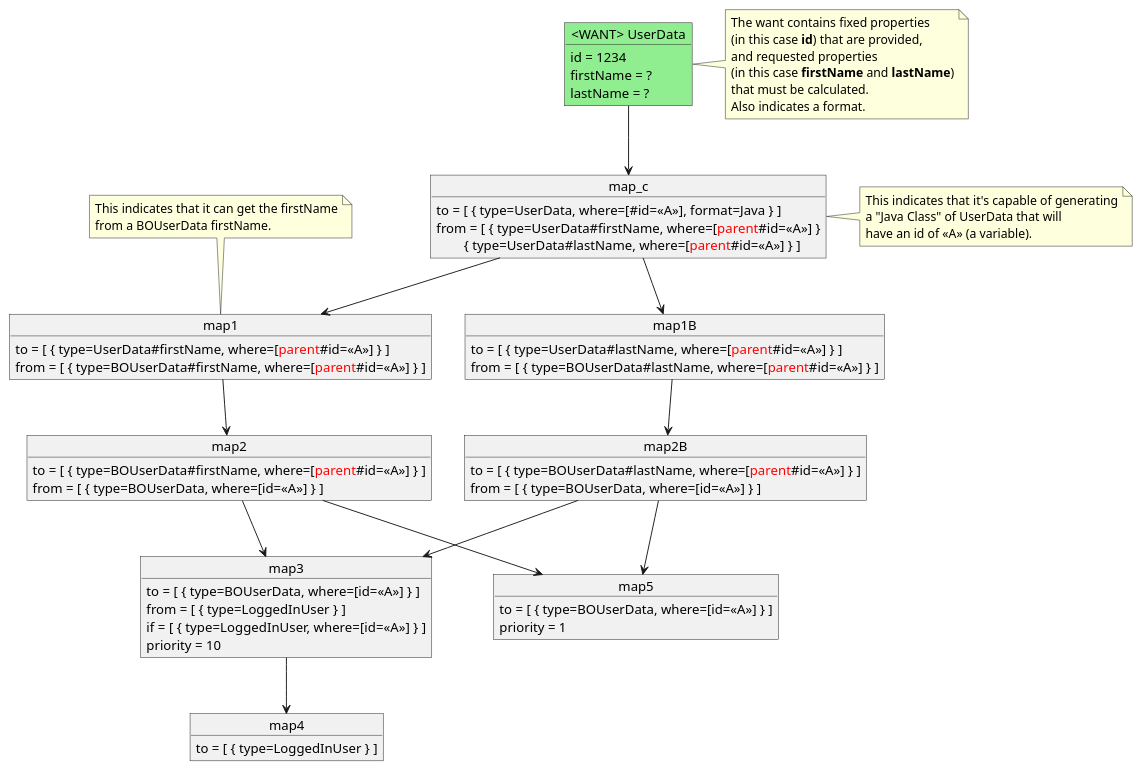
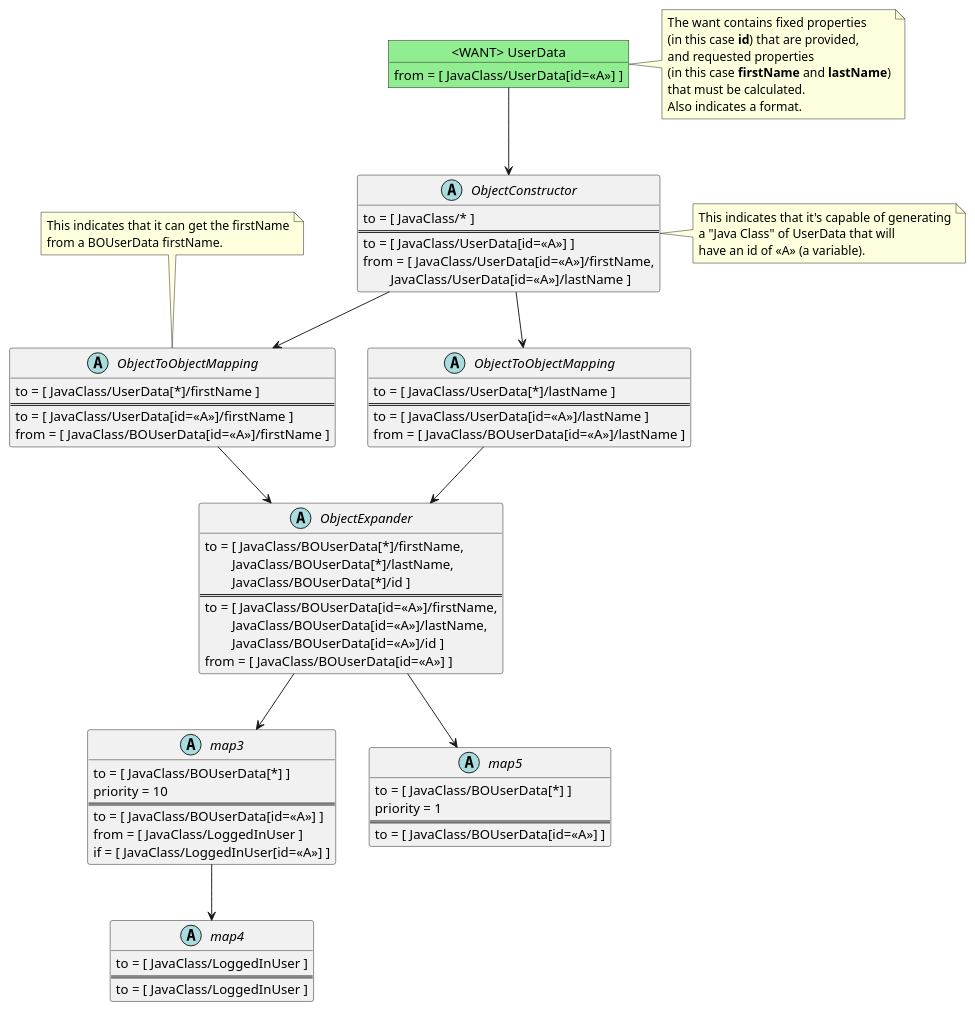
Before and after one commit to diamondq/maply: the first of 3 diagrams in maply-docs/src/main/asciidoc/architecture.adoc, drawn with PlantUML. The commit also changed other lines of this file and 46 other files, not shown here.

```diff
--- a/maply-docs/src/main/asciidoc/architecture.adoc
+++ b/maply-docs/src/main/asciidoc/architecture.adoc
@@ -6,9 +6,7 @@
 @startuml
 
 object "<WANT> UserData" as UserData #lightgreen {
-	id = 1234
-	firstName = ?
-	lastName = ? 
+	 from = [ JavaClass/UserData[id=<<A>>] ]
 }
 
 note right of UserData
@@ -20,10 +18,12 @@
 	Also indicates a format.
 end note
 
-object map_c {
-	to = [ { type=UserData, where=[#id=<<A>>], format=Java } ]
-	from = [ { type=UserData#firstName, where=[<color:red>parent</color>#id=<<A>>] }
-		\t{ type=UserData#lastName, where=[<color:red>parent</color>#id=<<A>>] } ]
+abstract "ObjectConstructor" as map_c {
+	to = [ JavaClass/* ]
+	==
+	to = [ JavaClass/UserData[id=<<A>>] ]
+	from = [ JavaClass/UserData[id=<<A>>]/firstName,
+		\tJavaClass/UserData[id=<<A>>]/lastName ]
 }
 
 note right of map_c
@@ -34,9 +34,11 @@
 
 UserData --> map_c
 
-object map1 {
-	to = [ { type=UserData#firstName, where=[<color:red>parent</color>#id=<<A>>] } ]
-	from = [ { type=BOUserData#firstName, where=[<color:red>parent</color>#id=<<A>>] } ]
+abstract "ObjectToObjectMapping" as map1 {
+	to = [ JavaClass/UserData[*]/firstName ]
+	==
+	to = [ JavaClass/UserData[id=<<A>>]/firstName ]
+	from = [ JavaClass/BOUserData[id=<<A>>]/firstName ]
 }
 
 note top of map1
@@ -46,50 +48,57 @@
 
 map_c --> map1
 
-object map2 {
-	to = [ { type=BOUserData#firstName, where=[<color:red>parent</color>#id=<<A>>] } ]
-	from = [ { type=BOUserData, where=[id=<<A>>] } ]
+abstract "ObjectExpander" as map2 {
+	to = [ JavaClass/BOUserData[*]/firstName,
+		\tJavaClass/BOUserData[*]/lastName,
+		\tJavaClass/BOUserData[*]/id ]
+	==
+	to = [ JavaClass/BOUserData[id=<<A>>]/firstName,
+		\tJavaClass/BOUserData[id=<<A>>]/lastName,
+		\tJavaClass/BOUserData[id=<<A>>]/id ]
+	from = [ JavaClass/BOUserData[id=<<A>>] ]
 }
 
 map1 --> map2
 
-object map1B {
-	to = [ { type=UserData#lastName, where=[<color:red>parent</color>#id=<<A>>] } ]
-	from = [ { type=BOUserData#lastName, where=[<color:red>parent</color>#id=<<A>>] } ]
+abstract "ObjectToObjectMapping" as map1B {
+	to = [ JavaClass/UserData[*]/lastName ]
+	==
+	to = [ JavaClass/UserData[id=<<A>>]/lastName ]
+	from = [ JavaClass/BOUserData[id=<<A>>]/lastName ]
 }
 
 map_c --> map1B
 
-object map2B {
-	to = [ { type=BOUserData#lastName, where=[<color:red>parent</color>#id=<<A>>] } ]
-	from = [ { type=BOUserData, where=[id=<<A>>] } ]
-}
+map1B --> map2
 
-map1B --> map2B
-
-object map3 {
-	to = [ { type=BOUserData, where=[id=<<A>>] } ]
-	from = [ { type=LoggedInUser } ]
-	if = [ { type=LoggedInUser, where=[id=<<A>>] } ]
+abstract map3 {
+	to = [ JavaClass/BOUserData[*] ]
 	priority = 10
+	==
+	to = [ JavaClass/BOUserData[id=<<A>>] ]
+	from = [ JavaClass/LoggedInUser ]
+	if = [ JavaClass/LoggedInUser[id=<<A>>] ]
 }
 
 map2 --> map3
-map2B --> map3
 
-object map4 {
-	to = [ { type=LoggedInUser } ]
+abstract map4 {
+	to = [ JavaClass/LoggedInUser ]
+	==
+	to = [ JavaClass/LoggedInUser ]
 }
 
 map3 --> map4
 
-object map5 {
-	to = [ { type=BOUserData, where=[id=<<A>>] } ]
+abstract map5 {
+	to = [ JavaClass/BOUserData[*] ]
 	priority = 1
+	==
+	to = [ JavaClass/BOUserData[id=<<A>>] ]
 }
 
 map2 --> map5
-map2B --> map5
 
 @enduml
 ----
```
